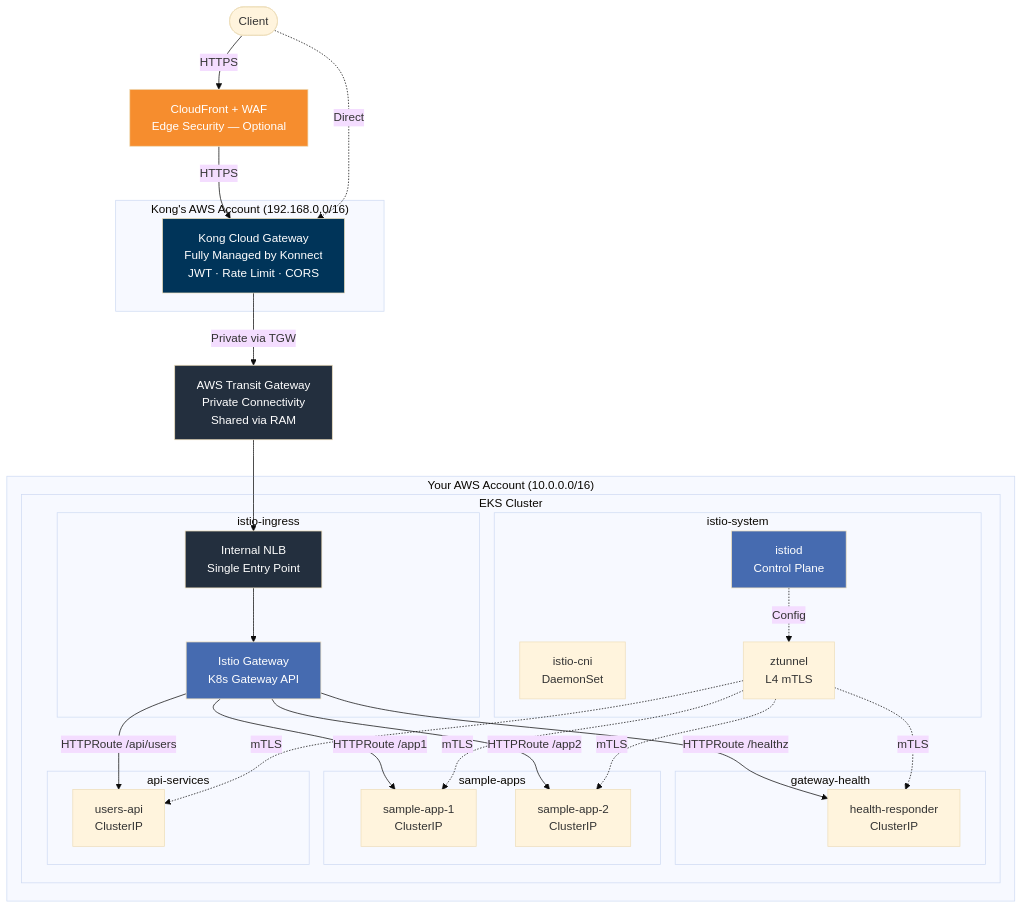
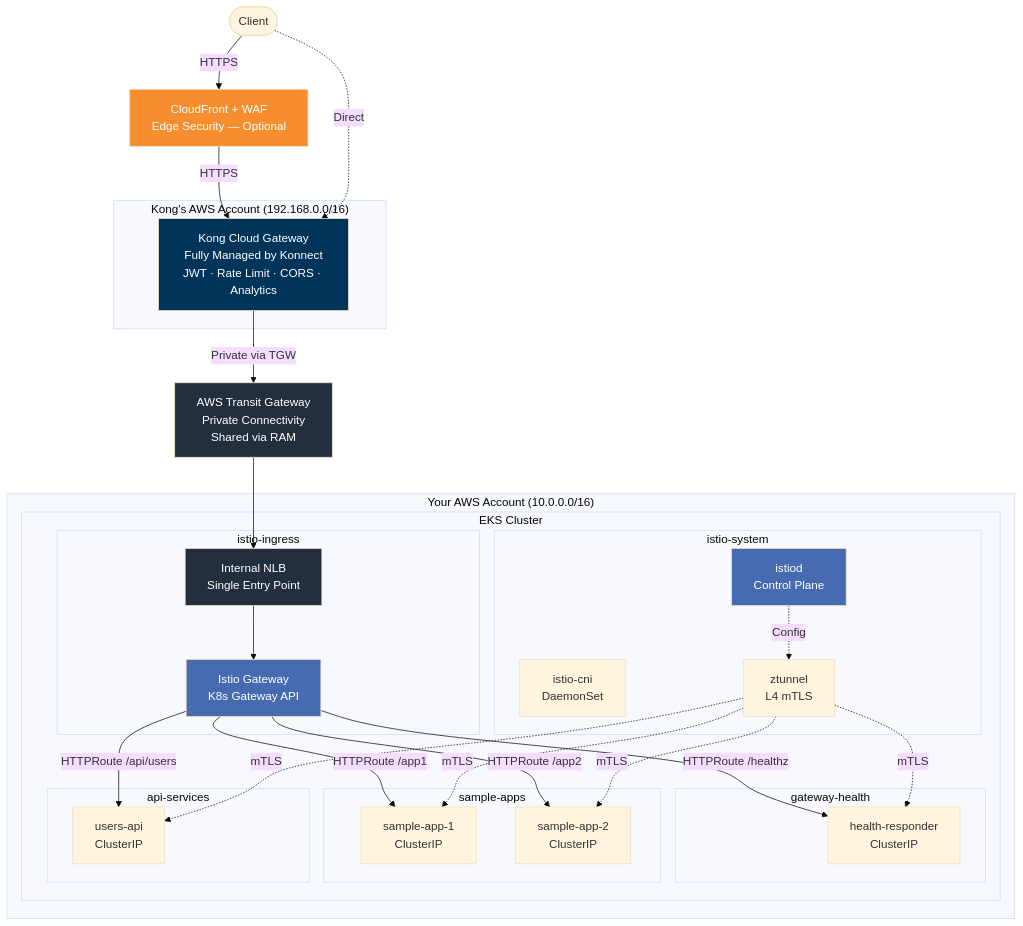
Before and after one commit to shanaka-versent/Kong-Konnect-Cloud-Gateway-on-EKS: the first of 4 diagrams in README.md, drawn with Mermaid (base theme). The commit also changed other lines of this file, not shown here.

First line of the commit message:
Consolidate README into clear narrative flow

````diff
--- a/README.md
+++ b/README.md
@@ -18,58 +11,58 @@
 ```mermaid
 graph TB
     Client([Client])
     CF[CloudFront + WAF<br/>Edge Security — Optional]
 
     subgraph "Kong's AWS Account (192.168.0.0/16)"
-        Kong[Kong Cloud Gateway<br/>Fully Managed by Konnect<br/>JWT · Rate Limit · CORS]
+        Kong[Kong Cloud Gateway<br/>Fully Managed by Konnect<br/>JWT · Rate Limit · CORS · Analytics]
     end
 
     TGW[AWS Transit Gateway<br/>Private Connectivity<br/>Shared via RAM]
 
     subgraph "Your AWS Account (10.0.0.0/16)"
         subgraph EKS Cluster
             subgraph istio-system
                 Istiod[istiod<br/>Control Plane]
                 CNI[istio-cni<br/>DaemonSet]
                 ZT[ztunnel<br/>L4 mTLS]
             end
             subgraph istio-ingress
                 NLB[Internal NLB<br/>Single Entry Point]
                 IGW[Istio Gateway<br/>K8s Gateway API]
             end
             subgraph gateway-health
                 Health[health-responder<br/>ClusterIP]
             end
             subgraph sample-apps
                 App1[sample-app-1<br/>ClusterIP]
                 App2[sample-app-2<br/>ClusterIP]
             end
             subgraph api-services
                 API[users-api<br/>ClusterIP]
             end
         end
     end
 
     Client -->|HTTPS| CF
     CF -->|HTTPS| Kong
     Client -.->|Direct| Kong
     Kong -->|Private via TGW| TGW
     TGW --> NLB
     NLB --> IGW
     IGW -->|HTTPRoute /healthz| Health
     IGW -->|HTTPRoute /app1| App1
     IGW -->|HTTPRoute /app2| App2
     IGW -->|HTTPRoute /api/users| API
     Istiod -.->|Config| ZT
     ZT -.->|mTLS| App1
     ZT -.->|mTLS| App2
     ZT -.->|mTLS| API
     ZT -.->|mTLS| Health
 
     style Kong fill:#003459,color:#fff
     style IGW fill:#466BB0,color:#fff
     style Istiod fill:#466BB0,color:#fff
     style CF fill:#F68D2E,color:#fff
     style TGW fill:#232F3E,color:#fff
     style NLB fill:#232F3E,color:#fff
 ```
````
